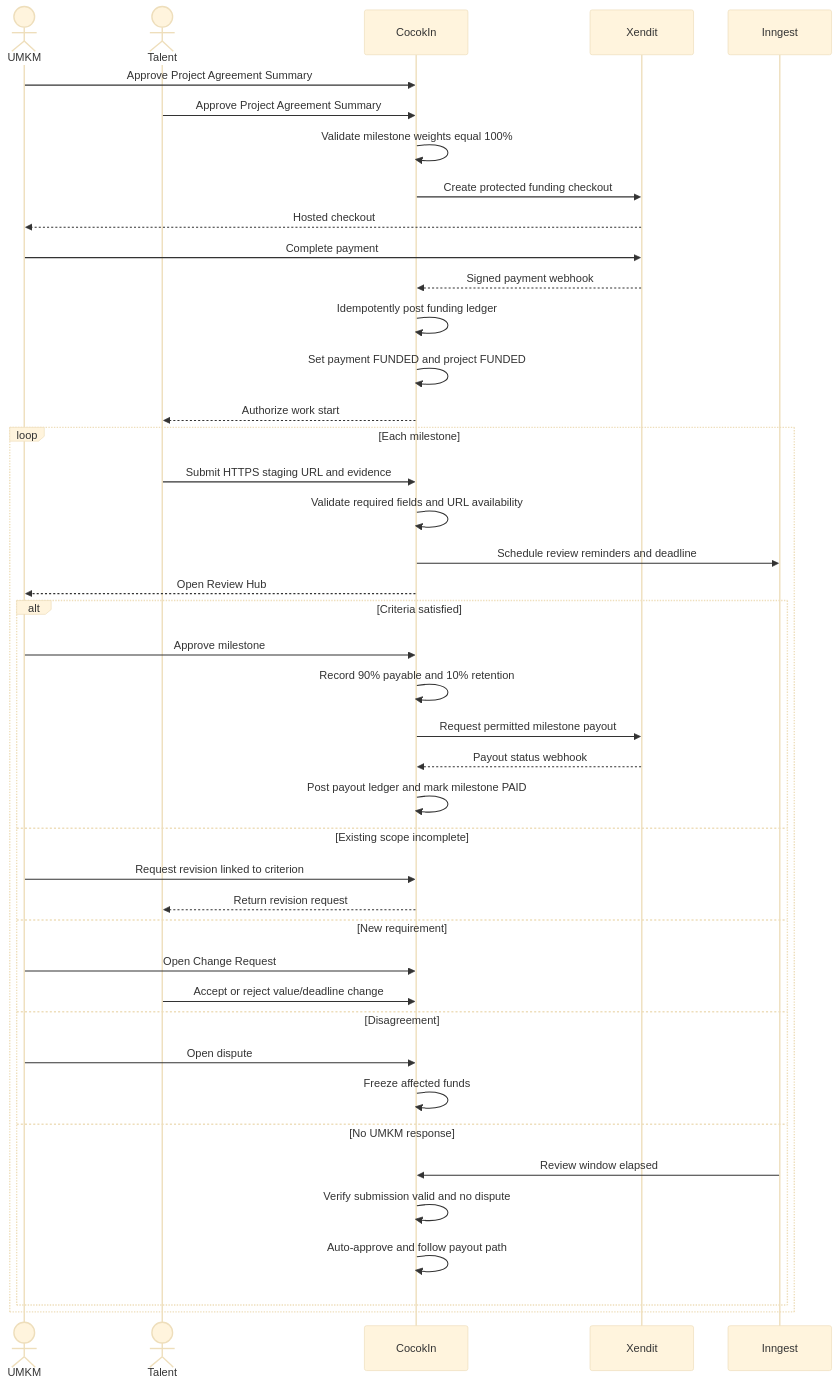
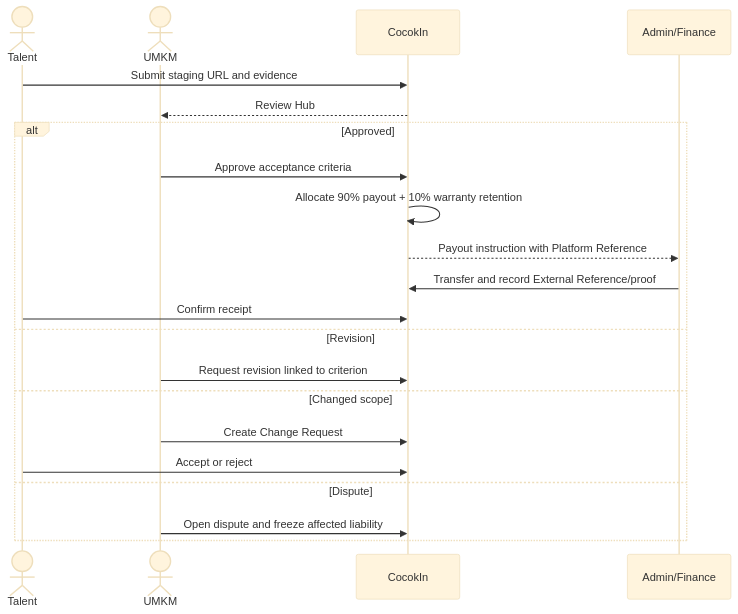
The fifth of 6 diagrams in docs/BUSINESS_FLOW.md (jajakiman/CocokIn), drawn with Mermaid (base theme) before and after one commit. The commit also changed other lines of this file and 106 other files, not shown here.

````diff
--- a/docs/BUSINESS_FLOW.md
+++ b/docs/BUSINESS_FLOW.md
@@ -98,47 +95,23 @@
 ```mermaid
 sequenceDiagram
-    actor U as UMKM
-    actor T as Talent
-    participant C as CocokIn
-    participant X as Xendit
-    participant J as Inngest
-
-    U->>C: Approve Project Agreement Summary
-    T->>C: Approve Project Agreement Summary
-    C->>C: Validate milestone weights equal 100%
-    C->>X: Create protected funding checkout
-    X-->>U: Hosted checkout
-    U->>X: Complete payment
-    X-->>C: Signed payment webhook
-    C->>C: Idempotently post funding ledger
-    C->>C: Set payment FUNDED and project FUNDED
-    C-->>T: Authorize work start
-
-    loop Each milestone
-        T->>C: Submit HTTPS staging URL and evidence
-        C->>C: Validate required fields and URL availability
-        C->>J: Schedule review reminders and deadline
-        C-->>U: Open Review Hub
-
-        alt Criteria satisfied
-            U->>C: Approve milestone
-            C->>C: Record 90% payable and 10% retention
-            C->>X: Request permitted milestone payout
-            X-->>C: Payout status webhook
-            C->>C: Post payout ledger and mark milestone PAID
-        else Existing scope incomplete
-            U->>C: Request revision linked to criterion
-            C-->>T: Return revision request
-        else New requirement
-            U->>C: Open Change Request
-            T->>C: Accept or reject value/deadline change
-        else Disagreement
-            U->>C: Open dispute
-            C->>C: Freeze affected funds
-        else No UMKM response
-            J->>C: Review window elapsed
-            C->>C: Verify submission valid and no dispute
-            C->>C: Auto-approve and follow payout path
-        end
-    end
+  actor T as Talent
+  actor U as UMKM
+  participant C as CocokIn
+  participant F as Admin/Finance
+  T->>C: Submit staging URL and evidence
+  C-->>U: Review Hub
+  alt Approved
+    U->>C: Approve acceptance criteria
+    C->>C: Allocate 90% payout + 10% warranty retention
+    C-->>F: Payout instruction with Platform Reference
+    F->>C: Transfer and record External Reference/proof
+    T->>C: Confirm receipt
+  else Revision
+    U->>C: Request revision linked to criterion
+  else Changed scope
+    U->>C: Create Change Request
+    T->>C: Accept or reject
+  else Dispute
+    U->>C: Open dispute and freeze affected liability
+  end
 ```
````
